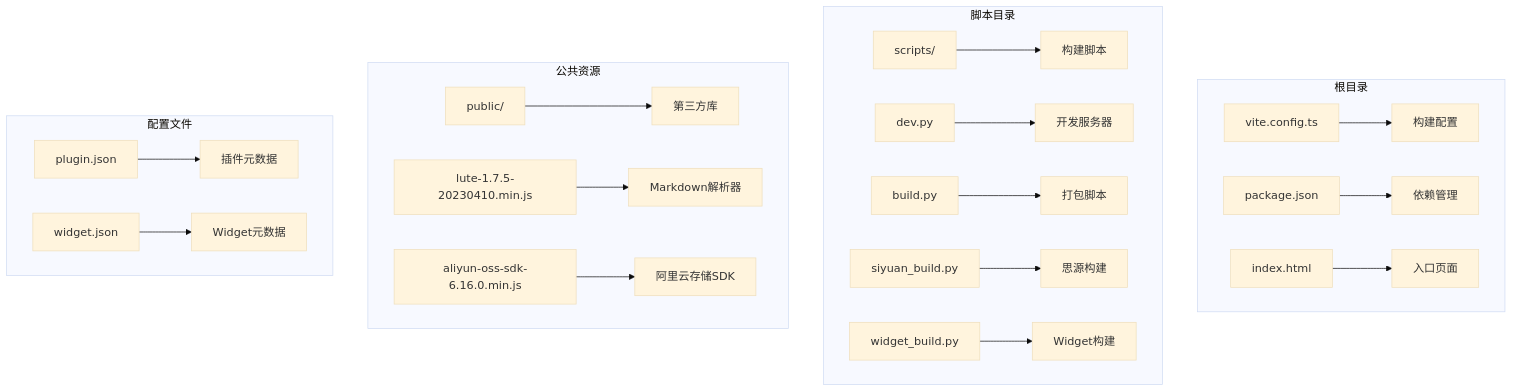
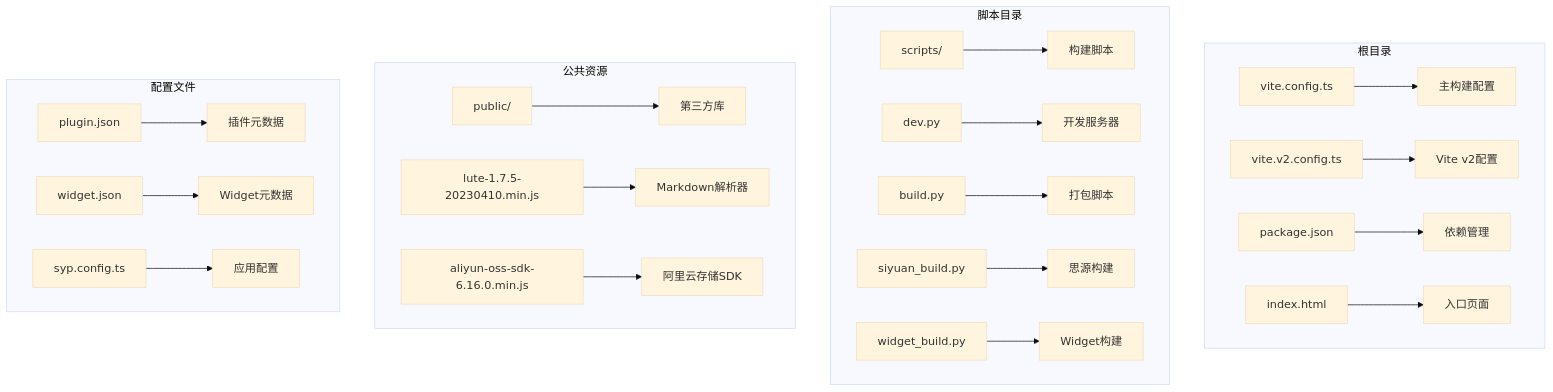
The first of 10 diagrams in .qoder/repowiki/zh/content/开发指南/构建系统/Vite构建配置.md (terwer/siyuan-plugin-publisher), drawn with Mermaid (base theme) before and after one commit. The commit also changed other lines of this file and 25 other files, not shown here.

````diff
--- a/.qoder/repowiki/zh/content/开发指南/构建系统/Vite构建配置.md
+++ b/.qoder/repowiki/zh/content/开发指南/构建系统/Vite构建配置.md
@@ -45,24 +57,26 @@
 ```mermaid
 graph TB
 subgraph "根目录"
-A[vite.config.ts] --> B[构建配置]
-C[package.json] --> D[依赖管理]
-E[index.html] --> F[入口页面]
+A[vite.config.ts] --> B[主构建配置]
+C[vite.v2.config.ts] --> D[Vite v2配置]
+E[package.json] --> F[依赖管理]
+G[index.html] --> H[入口页面]
 end
 subgraph "脚本目录"
-G[scripts/] --> H[构建脚本]
-I[dev.py] --> J[开发服务器]
-K[build.py] --> L[打包脚本]
-M[siyuan_build.py] --> N[思源构建]
-O[widget_build.py] --> P[Widget构建]
+I[scripts/] --> J[构建脚本]
+K[dev.py] --> L[开发服务器]
+M[build.py] --> N[打包脚本]
+O[siyuan_build.py] --> P[思源构建]
+Q[widget_build.py] --> R[Widget构建]
 end
 subgraph "公共资源"
-Q[public/] --> R[第三方库]
-S[lute-1.7.5-20230410.min.js] --> T[Markdown解析器]
-U[aliyun-oss-sdk-6.16.0.min.js] --> V[阿里云存储SDK]
+S[public/] --> T[第三方库]
+U[lute-1.7.5-20230410.min.js] --> V[Markdown解析器]
+W[aliyun-oss-sdk-6.16.0.min.js] --> X[阿里云存储SDK]
 end
 subgraph "配置文件"
-W[plugin.json] --> X[插件元数据]
-Y[widget.json] --> Z[Widget元数据]
+Y[plugin.json] --> Z[插件元数据]
+AA[widget.json] --> AB[Widget元数据]
+AC[syp.config.ts] --> AD[应用配置]
 end
 ```
````
